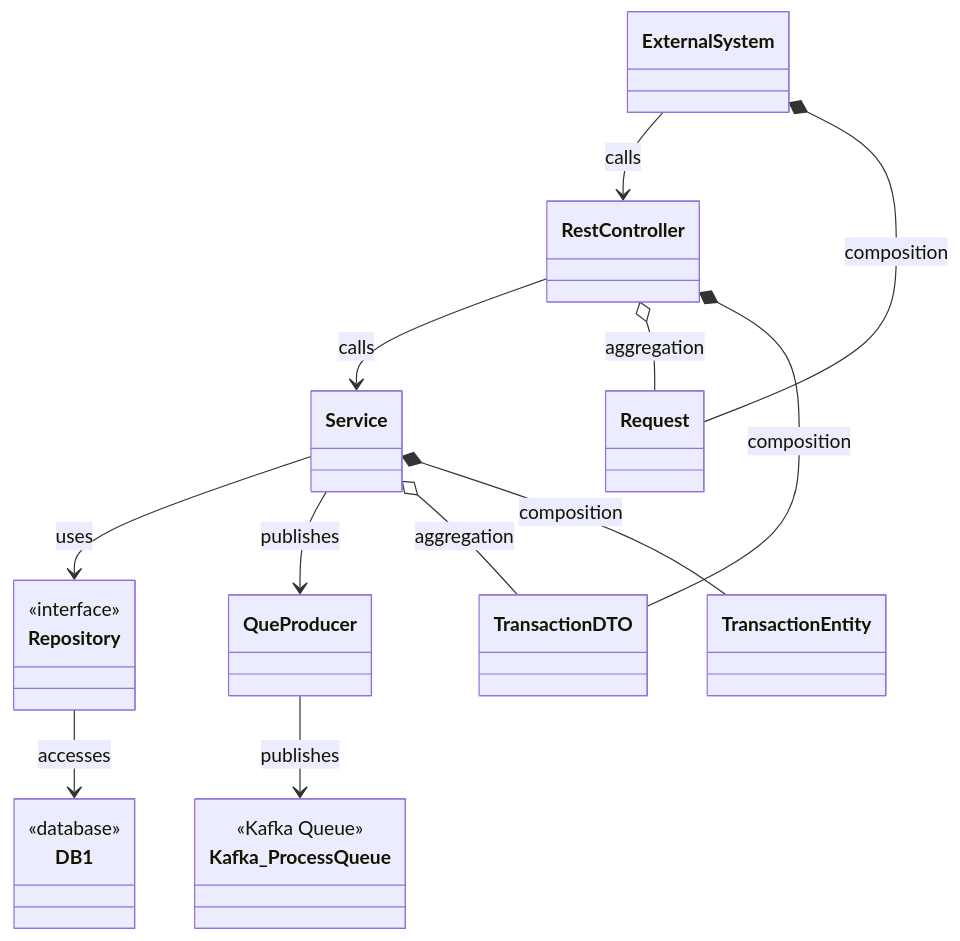
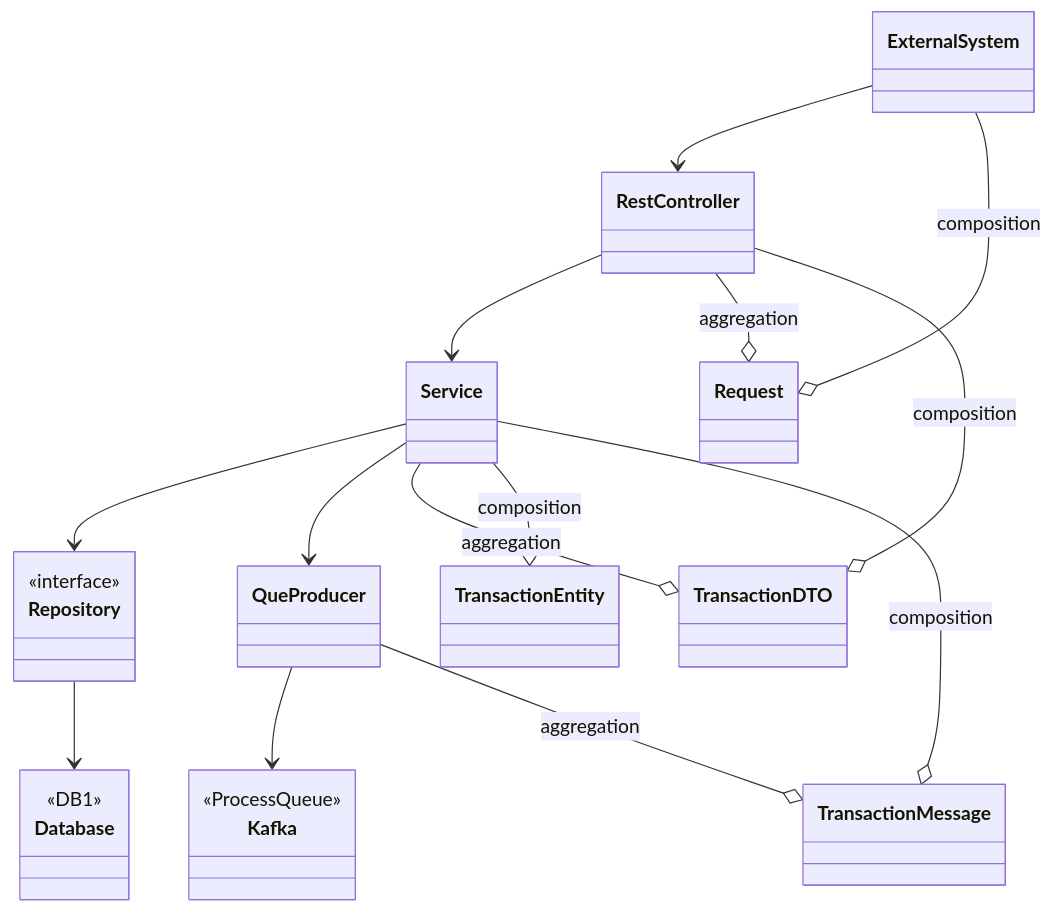
Before and after one commit to nic0michael/Trans-Process-Platf: the diagram in backend/api/The_API_Design.md, drawn with Mermaid.

Commit message:
Refactor API design diagram for clarity

````diff
--- a/backend/api/The_API_Design.md
+++ b/backend/api/The_API_Design.md
@@ -1,51 +1,42 @@
-```mermaid
+```mermaid id="k8m2qp"
 classDiagram
 
-    class ExternalSystem {
-    }
-
-    class RestController {
-    }
-
-    class Service {
-    }
-
+    class ExternalSystem
+    class RestController
+    class Service
     class Repository {
         <<interface>>
     }
 
-    class DB1 {
-        <<database>>
+    class Database {
+        <<DB1>>
     }
 
-    class QueProducer {
+    class QueProducer
+    class Kafka {
+        <<ProcessQueue>>
     }
 
-    class Kafka_ProcessQueue {
-        <<Kafka Queue>>
-    }
+    class Request
+    class TransactionDTO
+    class TransactionEntity
+    class TransactionMessage
 
-    class Request {
-    }
+    ExternalSystem --> RestController
+    RestController --> Service
+    Service --> Repository
+    Repository --> Database
 
-    class TransactionDTO {
-    }
+    Service --> QueProducer
+    QueProducer --> Kafka
 
-    class TransactionEntity {
-    }
+    ExternalSystem --o Request : composition
+    RestController --o Request : aggregation
+    RestController --o TransactionDTO : composition
 
-    ExternalSystem --> RestController : calls
-    RestController --> Service : calls
-    Service --> Repository : uses
-    Repository --> DB1 : accesses
+    Service --o TransactionDTO : aggregation
+    Service --o TransactionEntity : composition
+    Service --o TransactionMessage : composition
 
-    Service --> QueProducer : publishes
-    QueProducer --> Kafka_ProcessQueue : publishes
-
-    ExternalSystem *-- Request : composition
-    RestController o-- Request : aggregation
-    RestController *-- TransactionDTO : composition
-
-    Service o-- TransactionDTO : aggregation
-    Service *-- TransactionEntity : composition
+    QueProducer --o TransactionMessage : aggregation
 ```
````
